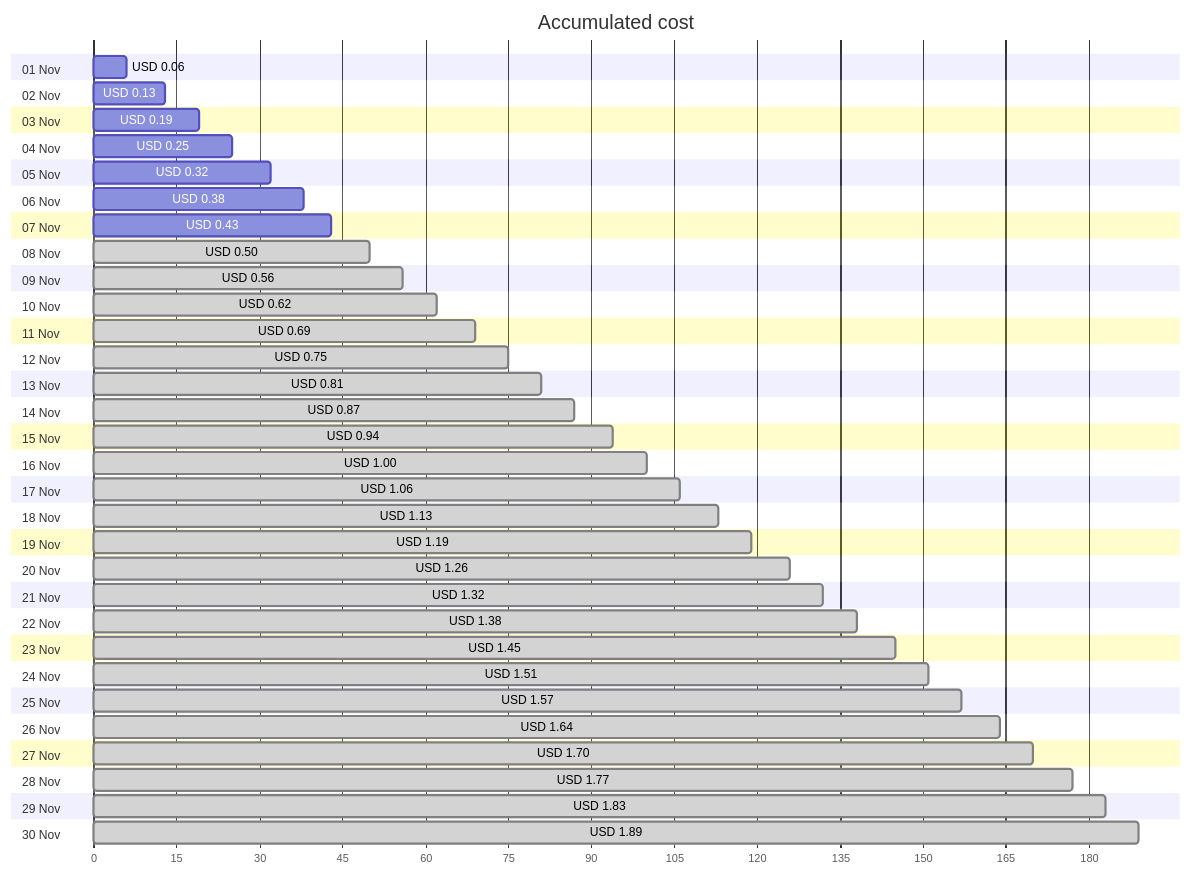
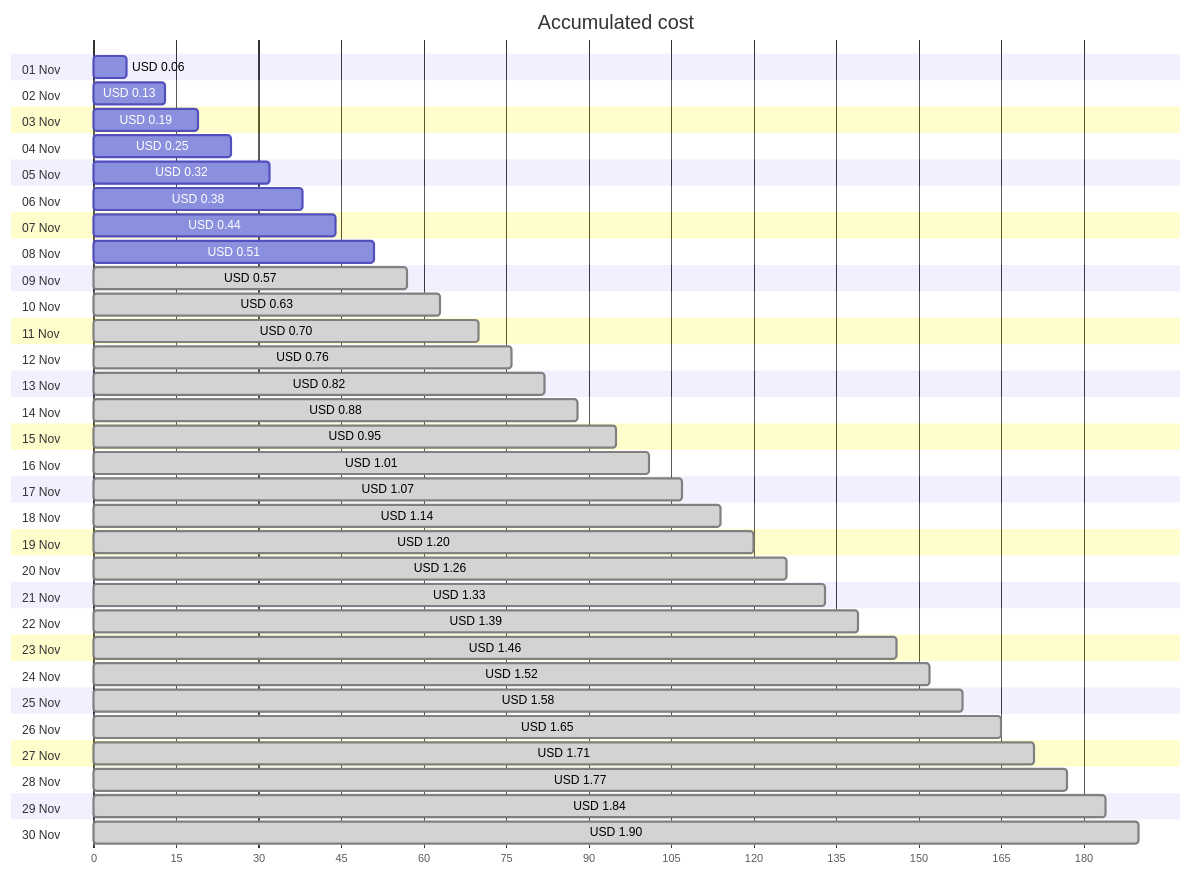
The first of 4 diagrams in cost-reports/personal-network/vpn-server_OsDisk.md (jpfulton/azure-personal-reports), drawn with Mermaid before and after one commit. The commit also changed other lines of this file and 8 other files, not shown here.

````diff
--- a/cost-reports/personal-network/vpn-server_OsDisk.md
+++ b/cost-reports/personal-network/vpn-server_OsDisk.md
@@ -20,66 +20,66 @@
 ```mermaid
 gantt
    title Accumulated cost
    dateFormat  X
    axisFormat %s
    section 01 Nov
    USD 0.06 :0, 6
    section 02 Nov
    USD 0.13 :0, 13
    section 03 Nov
    USD 0.19 :0, 19
    section 04 Nov
    USD 0.25 :0, 25
    section 05 Nov
    USD 0.32 :0, 32
    section 06 Nov
    USD 0.38 :0, 38
    section 07 Nov
-   USD 0.43 :0, 43
+   USD 0.44 :0, 44
    section 08 Nov
-   USD 0.50 : done, 0, 50
+   USD 0.51 :0, 51
    section 09 Nov
-   USD 0.56 : done, 0, 56
+   USD 0.57 : done, 0, 57
    section 10 Nov
-   USD 0.62 : done, 0, 62
+   USD 0.63 : done, 0, 63
    section 11 Nov
-   USD 0.69 : done, 0, 69
+   USD 0.70 : done, 0, 70
    section 12 Nov
-   USD 0.75 : done, 0, 75
+   USD 0.76 : done, 0, 76
    section 13 Nov
-   USD 0.81 : done, 0, 81
+   USD 0.82 : done, 0, 82
    section 14 Nov
-   USD 0.87 : done, 0, 87
+   USD 0.88 : done, 0, 88
    section 15 Nov
-   USD 0.94 : done, 0, 94
+   USD 0.95 : done, 0, 95
    section 16 Nov
-   USD 1.00 : done, 0, 100
+   USD 1.01 : done, 0, 101
    section 17 Nov
-   USD 1.06 : done, 0, 106
+   USD 1.07 : done, 0, 107
    section 18 Nov
-   USD 1.13 : done, 0, 113
+   USD 1.14 : done, 0, 114
    section 19 Nov
-   USD 1.19 : done, 0, 119
+   USD 1.20 : done, 0, 120
    section 20 Nov
    USD 1.26 : done, 0, 126
    section 21 Nov
-   USD 1.32 : done, 0, 132
+   USD 1.33 : done, 0, 133
    section 22 Nov
-   USD 1.38 : done, 0, 138
+   USD 1.39 : done, 0, 139
    section 23 Nov
-   USD 1.45 : done, 0, 145
+   USD 1.46 : done, 0, 146
    section 24 Nov
-   USD 1.51 : done, 0, 151
+   USD 1.52 : done, 0, 152
    section 25 Nov
-   USD 1.57 : done, 0, 157
+   USD 1.58 : done, 0, 158
    section 26 Nov
-   USD 1.64 : done, 0, 164
+   USD 1.65 : done, 0, 165
    section 27 Nov
-   USD 1.70 : done, 0, 170
+   USD 1.71 : done, 0, 171
    section 28 Nov
    USD 1.77 : done, 0, 177
    section 29 Nov
-   USD 1.83 : done, 0, 183
+   USD 1.84 : done, 0, 184
    section 30 Nov
-   USD 1.89 : done, 0, 189
+   USD 1.90 : done, 0, 190
 ```
````
